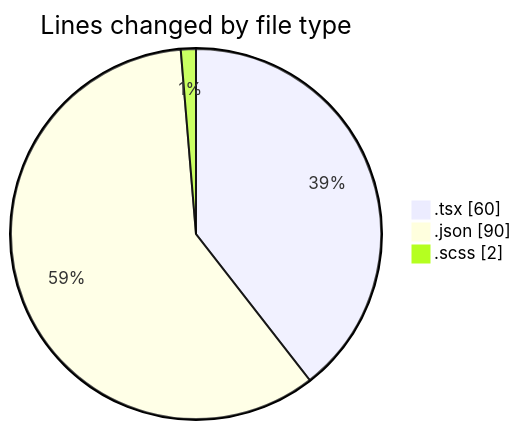
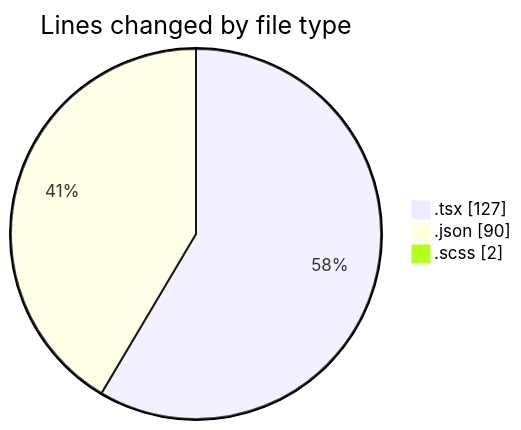
Before and after one commit to momahboobian/code-tracking: the first of 2 diagrams in 2026-05-13/cda/README.md, drawn with Mermaid. The commit also changed other lines of this file and 1 other file, not shown here.

````diff
--- a/2026-05-13/cda/README.md
+++ b/2026-05-13/cda/README.md
@@ -23,7 +24,7 @@
 ```mermaid
 pie showData
 title Lines changed by file type
-".tsx" : 60
+".tsx" : 127
 ".json" : 90
 ".scss" : 2
 ```
````
